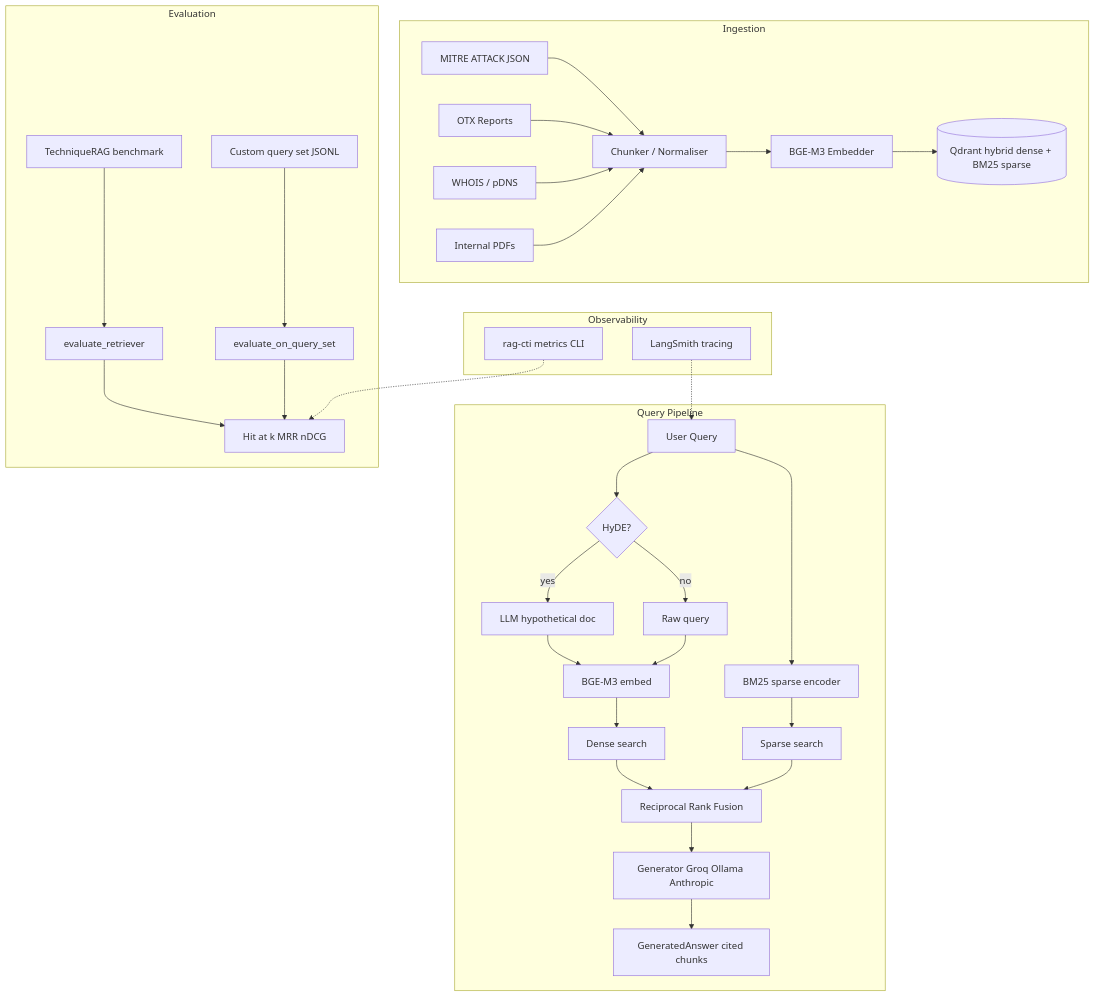
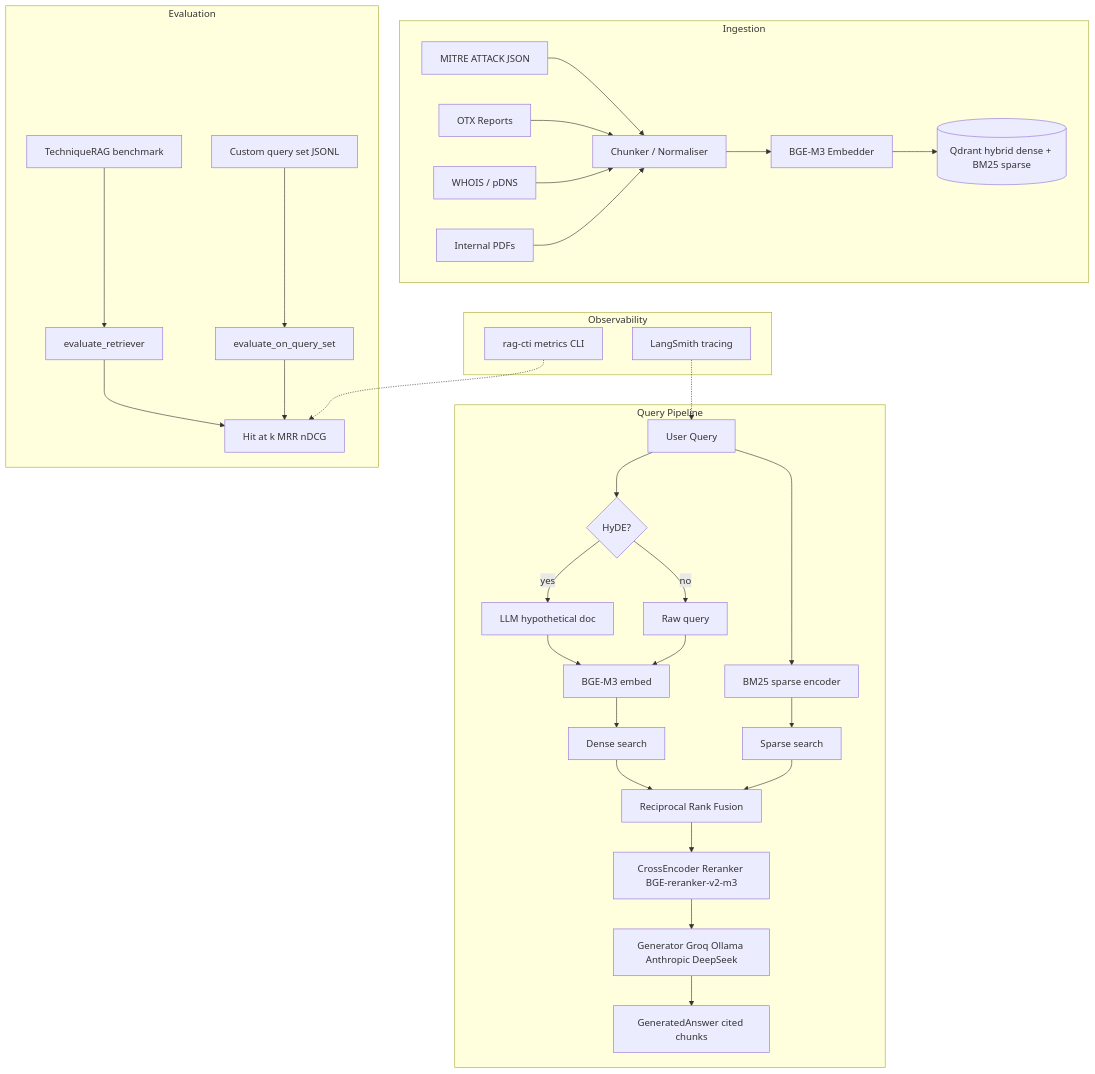
Before and after one commit to chocobo9/CTI-RAG: the diagram in README.md, drawn with Mermaid. The commit also changed other lines of this file and 15 other files, not shown here.

First line of the commit message:
feat: Phase 6.5 — CrossEncoder reranker + RAGAS generation eval

````diff
--- a/README.md
+++ b/README.md
@@ -9,38 +9,39 @@
 ```mermaid
 flowchart TD
     subgraph ingest["Ingestion"]
         A["MITRE ATTACK JSON"] --> P["Chunker / Normaliser"]
         B["OTX Reports"] --> P
         C["WHOIS / pDNS"] --> P
         D["Internal PDFs"] --> P
         P --> E["BGE-M3 Embedder"]
         E --> F[(Qdrant hybrid dense + BM25 sparse)]
     end
 
     subgraph query["Query Pipeline"]
         G["User Query"] --> H{HyDE?}
         H -->|yes| I["LLM hypothetical doc"]
         H -->|no| J["Raw query"]
         I --> K["BGE-M3 embed"]
         J --> K
         K --> L["Dense search"]
         G --> M["BM25 sparse encoder"]
         M --> N["Sparse search"]
         L --> O["Reciprocal Rank Fusion"]
         N --> O
-        O --> Q["Generator Groq Ollama Anthropic"]
+        O --> P2["CrossEncoder Reranker BGE-reranker-v2-m3"]
+        P2 --> Q["Generator Groq Ollama Anthropic DeepSeek"]
         Q --> R["GeneratedAnswer cited chunks"]
     end
 
     subgraph evaluation["Evaluation"]
         S["TechniqueRAG benchmark"] --> T["evaluate_retriever"]
         U["Custom query set JSONL"] --> V["evaluate_on_query_set"]
         T --> W["Hit at k MRR nDCG"]
         V --> W
     end
 
     subgraph observability["Observability"]
         X["LangSmith tracing"] -.-> G
         Y["rag-cti metrics CLI"] -.-> W
     end
 ```
````
